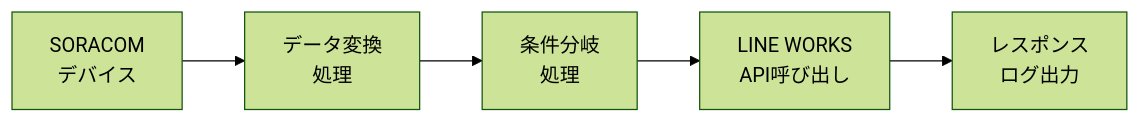
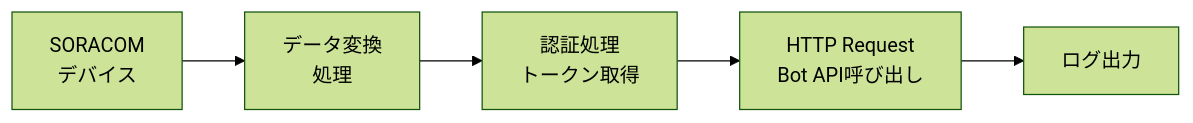
The third of 3 diagrams in articles/button-to-lineworks-with-flux.md (takao2704/public-zenn-docs), drawn with Mermaid (forest theme) before and after one commit. The commit also changed other lines of this file, not shown here.

````diff
--- a/articles/button-to-lineworks-with-flux.md
+++ b/articles/button-to-lineworks-with-flux.md
@@ -148,7 +224,7 @@
 ```mermaid
 graph LR
     A[SORACOM<br/>デバイス] --> B[データ変換<br/>処理]
-    B --> C[条件分岐<br/>処理]
-    C --> D[LINE WORKS<br/>API呼び出し]
-    D --> E[レスポンス<br/>ログ出力]
+    B --> C[認証処理<br/>トークン取得]
+    C --> D[HTTP Request<br/>Bot API呼び出し]
+    D --> E[ログ出力]
 ```
````
